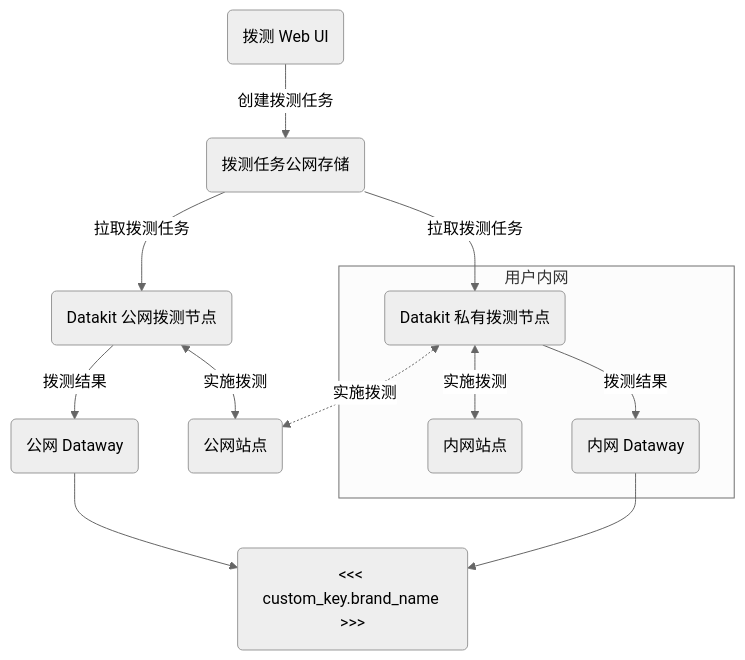
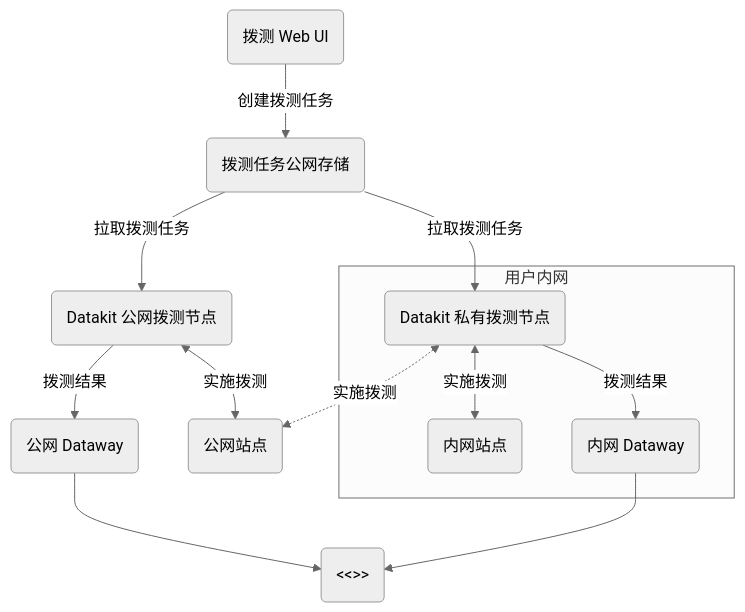
Before and after one commit to GuanceCloud/guance-docs: the diagram in docs/zh/integrations/dialtesting.md, drawn with Mermaid (neutral theme). The commit also changed other lines of this file and 286 other files, not shown here.

````diff
--- a/docs/zh/integrations/dialtesting.md
+++ b/docs/zh/integrations/dialtesting.md
@@ -142,27 +142,27 @@
 ```mermaid
 graph TD
   %% node definitions
   dt_web(拨测 Web UI);
   dt_db(拨测任务公网存储);
   dt_pub(Datakit 公网拨测节点);
   dt_pri(Datakit 私有拨测节点);
   site_inner(内网站点);
   site_pub(公网站点);
   dw_inner(内网 Dataway);
   dw_pub(公网 Dataway);
-  guance(<<< custom_key.brand_name >>>);
+  server(<<<custom_key.brand_name>>>);
 
   %%%%%%%%%%%%%%%%%%%%%%%%%%%%%%%
 
   dt_web -->|创建拨测任务| dt_db;
-  dt_db -->|拉取拨测任务| dt_pub -->|拨测结果| dw_pub --> guance;
+  dt_db -->|拉取拨测任务| dt_pub -->|拨测结果| dw_pub --> server;
   dt_db -->|拉取拨测任务| dt_pri;
   dt_pub <-->|实施拨测| site_pub;
 
   dt_pri <-.->|实施拨测| site_pub;
-  dw_inner --> guance;
+  dw_inner --> server;
   subgraph "用户内网"
   dt_pri <-->|实施拨测| site_inner;
   dt_pri -->|拨测结果| dw_inner;
   end
 ```
````
